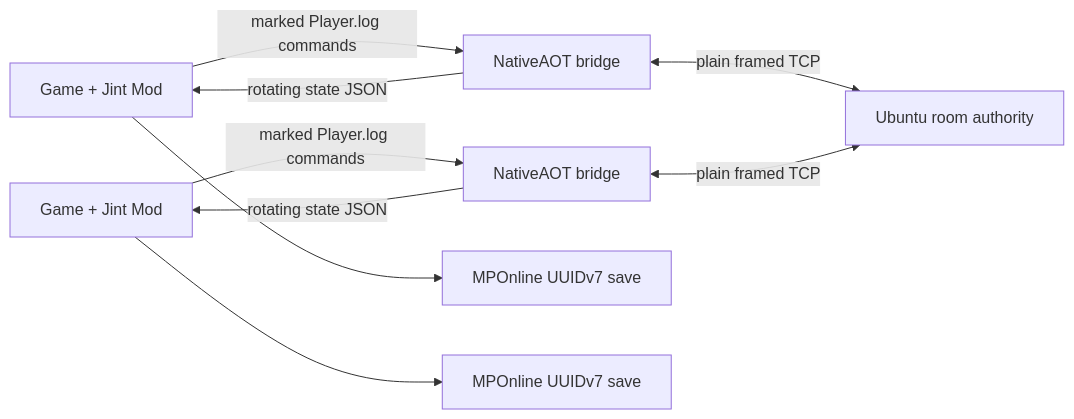
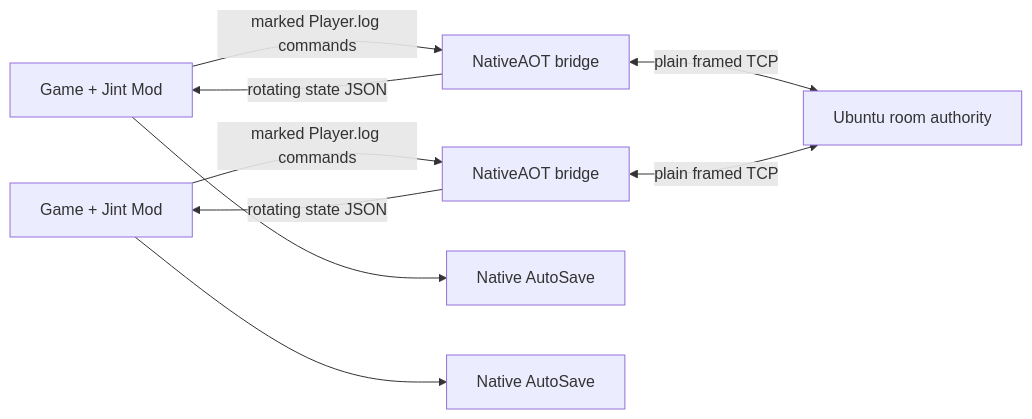
Before and after one commit to Sakura-QoQ/Multiplayer-Mod: the diagram in docs/ARCHITECTURE.md, drawn with Mermaid. The commit also changed other lines of this file and 8 other files, not shown here.

````diff
--- a/docs/ARCHITECTURE.md
+++ b/docs/ARCHITECTURE.md
@@ -7,11 +7,11 @@
 ```mermaid
 flowchart LR
     GameA[Game + Jint Mod] -->|marked Player.log commands| BridgeA[NativeAOT bridge]
     BridgeA -->|rotating state JSON| GameA
     GameB[Game + Jint Mod] -->|marked Player.log commands| BridgeB[NativeAOT bridge]
     BridgeB -->|rotating state JSON| GameB
     BridgeA <-->|plain framed TCP| Server[Ubuntu room authority]
     BridgeB <-->|plain framed TCP| Server
-    GameA --> SaveA[MPOnline UUIDv7 save]
-    GameB --> SaveB[MPOnline UUIDv7 save]
+    GameA --> SaveA[Native AutoSave]
+    GameB --> SaveB[Native AutoSave]
 ```
````
